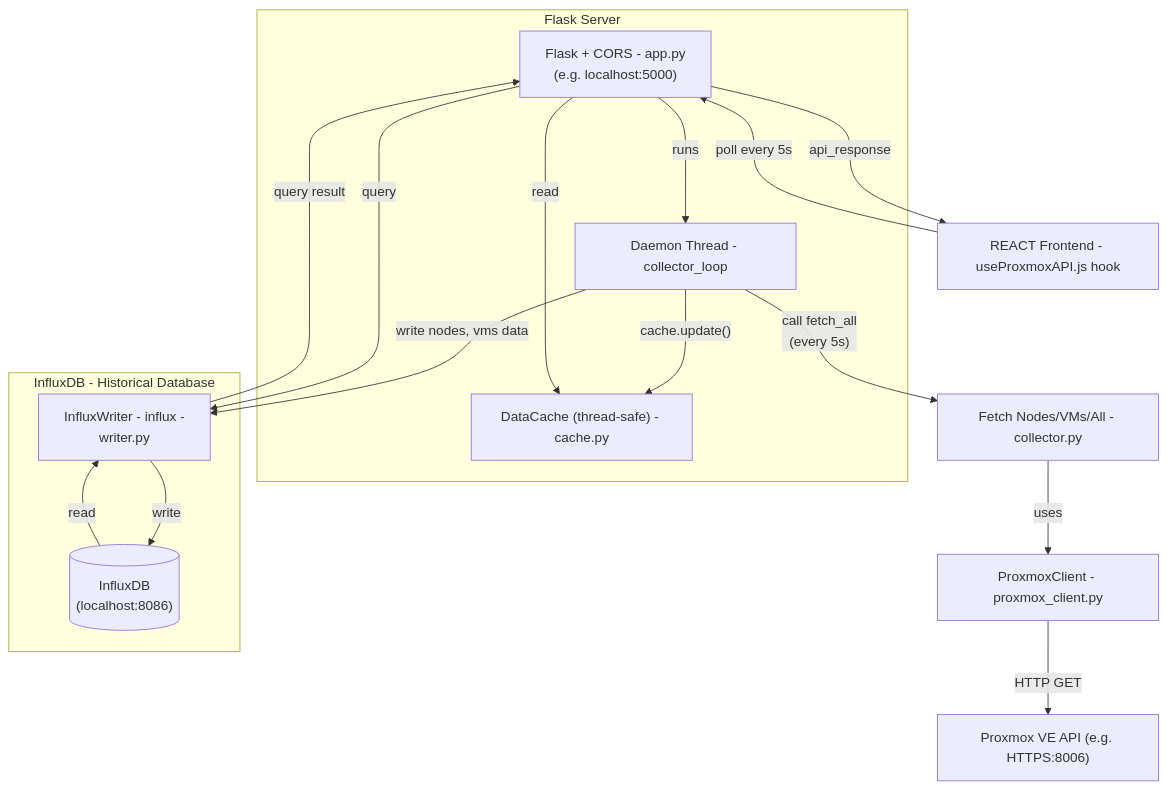
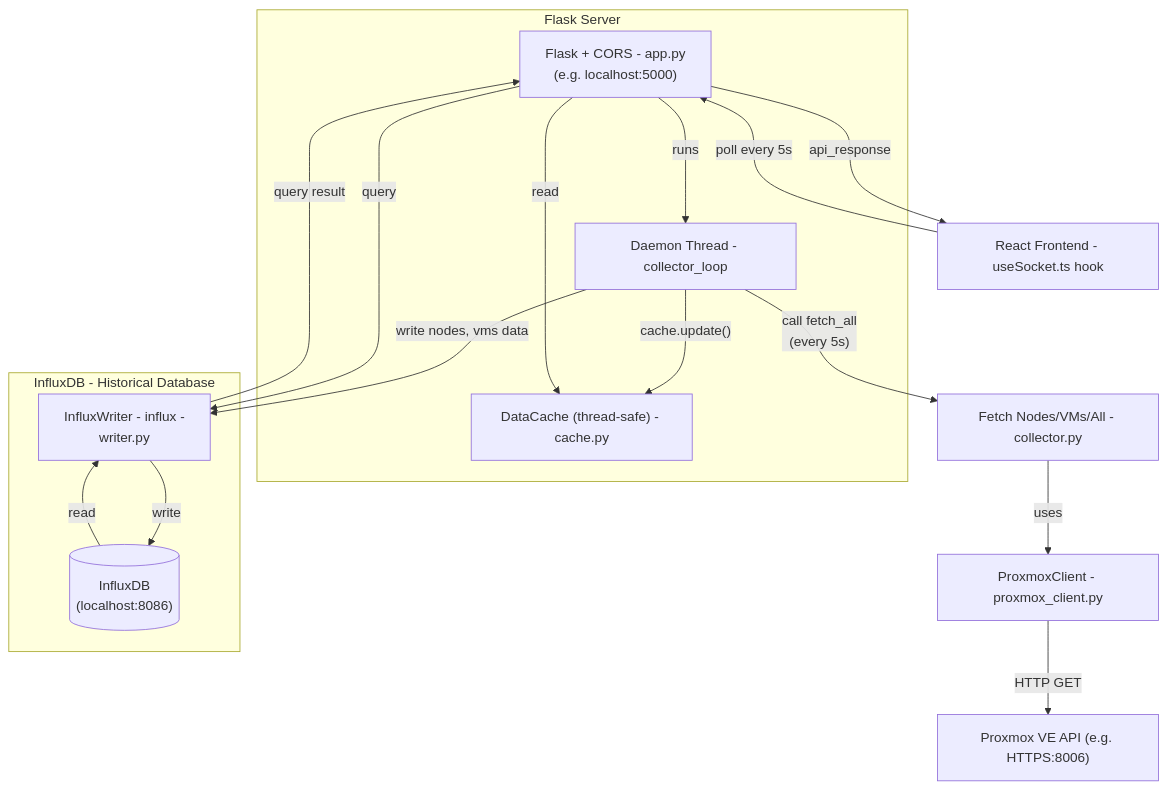
One commit to HeLoo17/SDUL changed the diagram in README.md. Above: the diagram before and after it, drawn with Mermaid. The commit also changed other lines of this file and 22 other files, not shown here.

Commit message:
implementation of docker and hook wiring onto Dashbaord.tsx, Nodes.tsx, changing useSocket from js to ts

````diff
--- a/README.md
+++ b/README.md
@@ -8,32 +108,32 @@
 ```mermaid
 flowchart TD
 
     subgraph server["Flask Server"]
         APP["Flask + CORS - app.py \n(e.g. localhost:5000)"]
         CACHE["DataCache (thread-safe) - cache.py"]
         THREAD["Daemon Thread - collector_loop"]
     end
     subgraph historical["InfluxDB - Historical Database"]
         INFLUXWRITER["InfluxWriter - influx - \nwriter.py"]
         INFLUXDB[("InfluxDB\n(localhost:8086)")]
     end
     PVE["Proxmox VE API (e.g. HTTPS:8006)"]
     CLIENT["ProxmoxClient - proxmox_client.py"]
     COLLECTOR["Fetch Nodes/VMs/All - collector.py"]
-    FRONTEND["REACT Frontend - useProxmoxAPI.js hook"]
+    FRONTEND["React Frontend - useSocket.ts hook"]
 
     COLLECTOR -- "uses" --> CLIENT -- "HTTP GET" --> PVE
     APP -- "runs" ---> THREAD
     THREAD -- "call fetch_all 
     (every 5s)" --> COLLECTOR
     THREAD -- "cache.update()" --> CACHE
     APP -- "read" --> CACHE
     FRONTEND -- "poll every 5s" ---> APP
     APP -- "api_response" ---> FRONTEND
     INFLUXWRITER -- "write" --> INFLUXDB
     INFLUXDB -- "read" --> INFLUXWRITER
     THREAD -- "write nodes, vms data" --> INFLUXWRITER
     APP -- "query" --> INFLUXWRITER
     INFLUXWRITER -- "query result" --> APP
 
 ```
````
